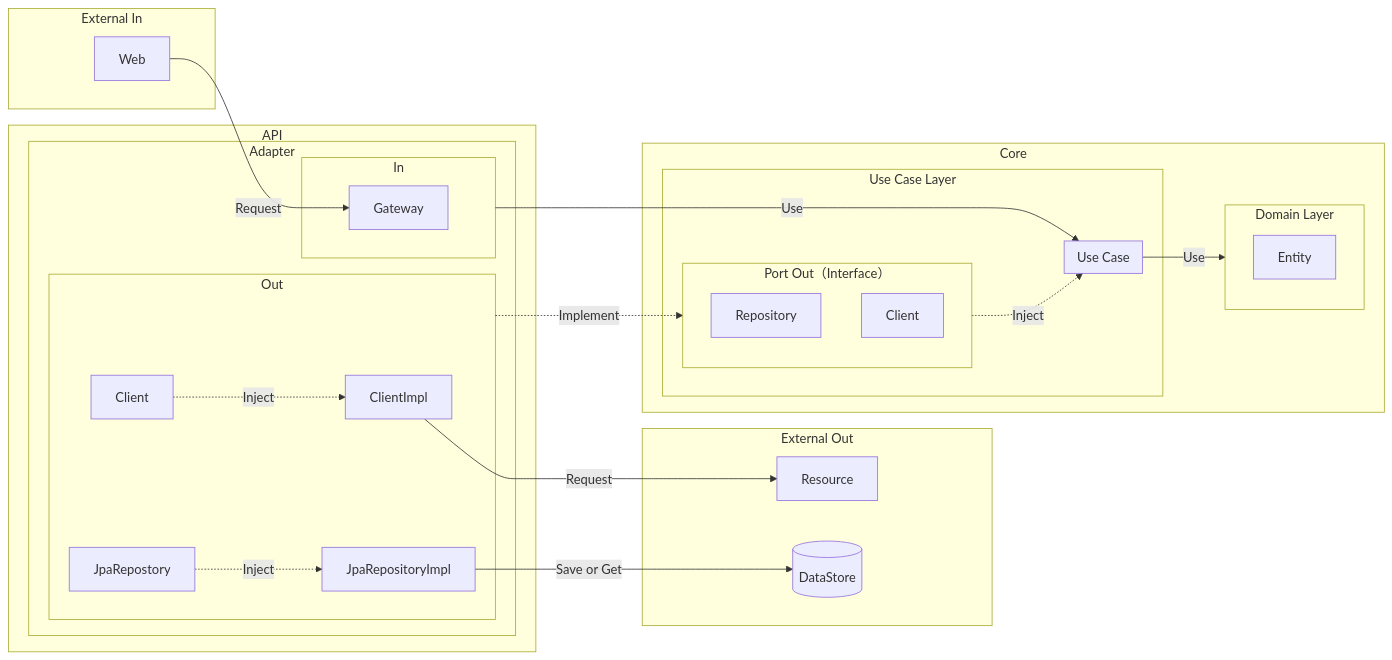
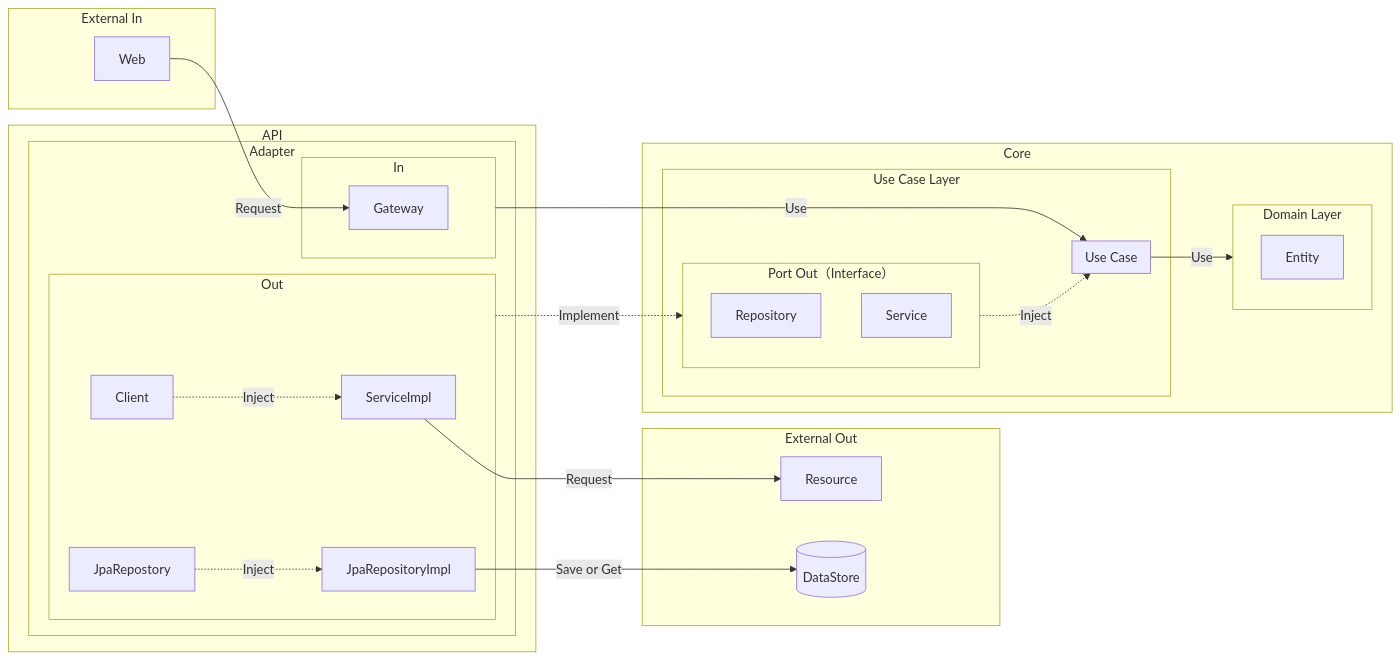
Before and after one commit to axuanhogan/clean-architecture-implementation: the diagram in README.md, drawn with Mermaid.

````diff
--- a/README.md
+++ b/README.md
@@ -10,52 +10,52 @@
 ```mermaid
 graph LR
 		
 	subgraph External Out
 		resource[Resource]
 		data-store[(DataStore)]
 	end
 		
 	subgraph External In
 		web[Web]
 	end
 	
 	subgraph api[API]
         subgraph adapter[Adapter]
             subgraph adapter-in[In]
                 adapter-in-gateway[Gateway]
             end
             subgraph adapter-out[Out]
-                adapter-out-client-impl[ClientImpl]
+                adapter-out-service-impl[ServiceImpl]
                 adapter-out-jpa-repo-impl[JpaRepositoryImpl]
                 adapter-out-client[Client]
                 adapter-out-jpa-repo[JpaRepostory]
             end
         end
     end
 	
 	subgraph core[Core]
 		subgraph domain-layer[Domain Layer]
 			Entity
 		end
 		subgraph use-case-layer[Use Case Layer]
             subgraph port-out[Port Out（Interface）]
                 port-out-repo[Repository]
-                port-out-client[Client]
+                port-out-service[Service]
             end
             subgraph use-case[Use Case]
             end
 		end
 	end
 	
 	web -- Request --> adapter-in-gateway
 	
 	adapter-in -- Use --> use-case
 	use-case -- Use --> domain-layer
-	adapter-out-client -. Inject .-> adapter-out-client-impl
+	adapter-out-client -. Inject .-> adapter-out-service-impl
 	adapter-out-jpa-repo -. Inject .-> adapter-out-jpa-repo-impl
 	adapter-out -. Implement .-> port-out
 	port-out -. Inject .-> use-case
 	
 	adapter-out-jpa-repo-impl -- Save or Get --> data-store
-	adapter-out-client-impl -- Request --> resource
+	adapter-out-service-impl -- Request --> resource
 ```
````
